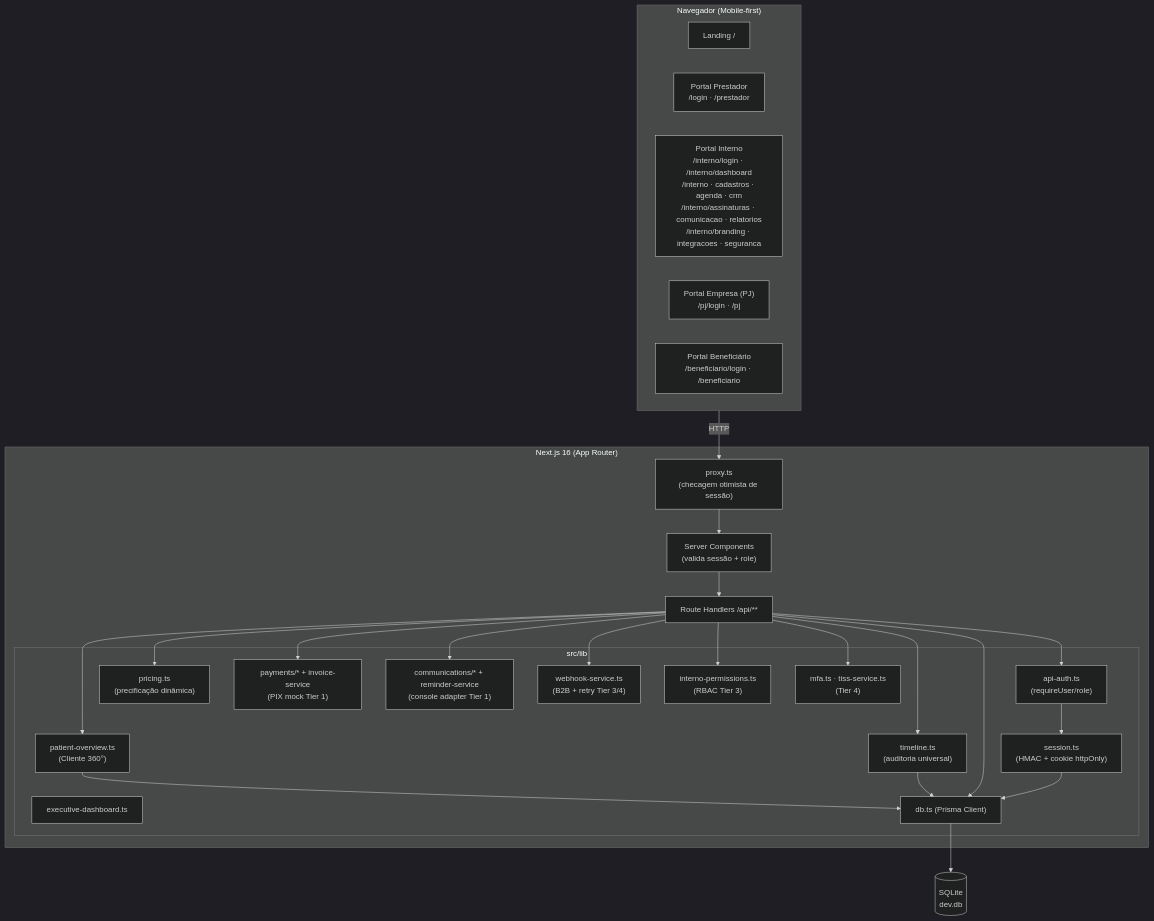
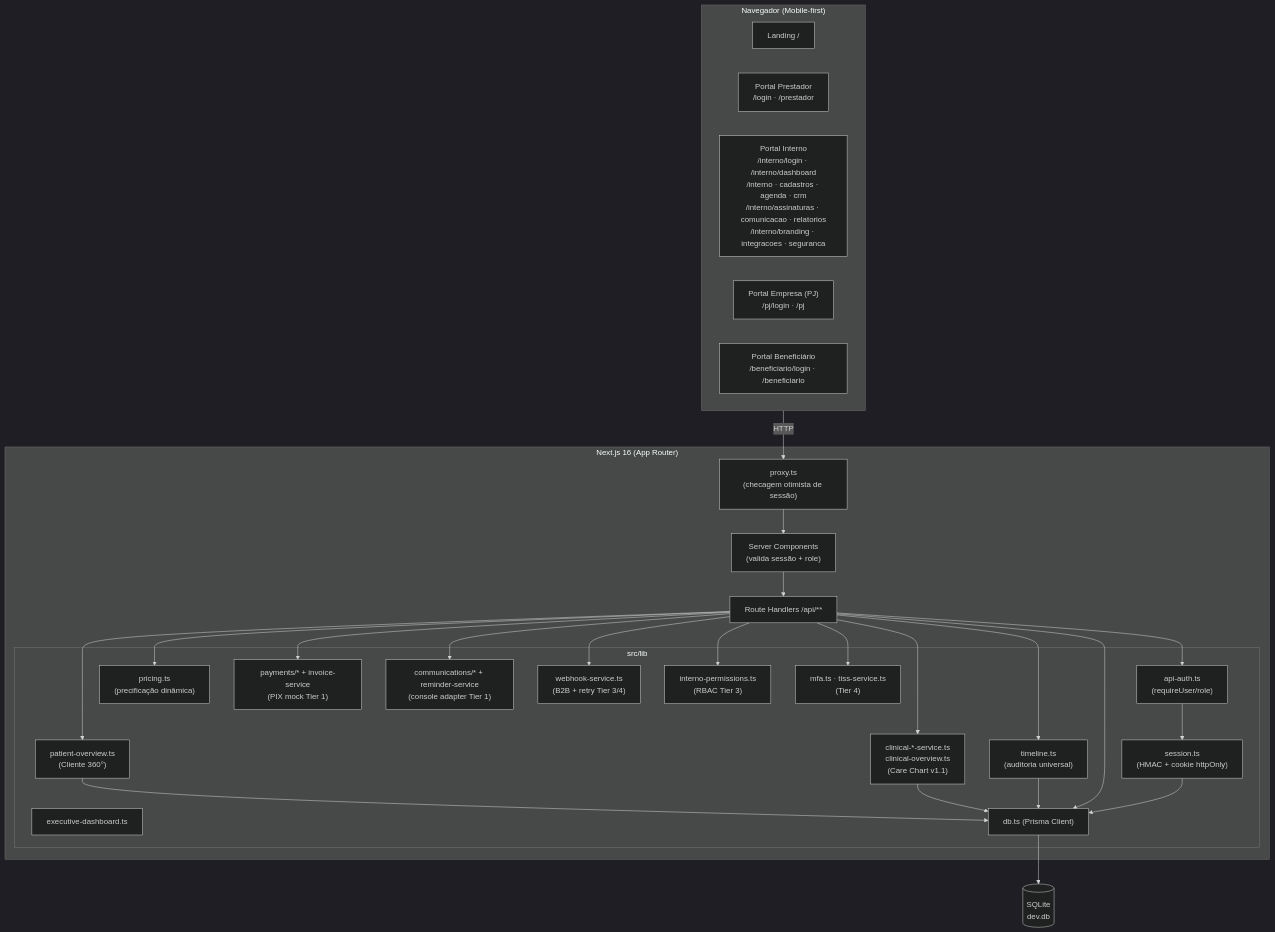
One commit to Piulres/sistema-bibi changed the first of 11 diagrams in docs/ARQUITETURA.md. Above: the diagram before and after it, drawn with Mermaid (dark theme). The commit also changed other lines of this file and 8 other files, not shown here.

First line of the commit message:
docs: sincroniza documentação com v1.1.0 Care Chart em produção

````diff
--- a/docs/ARQUITETURA.md
+++ b/docs/ARQUITETURA.md
@@ -20,46 +20,48 @@
 ```mermaid
 flowchart TB
   subgraph Cliente["Navegador (Mobile-first)"]
     Land["Landing /"]
     PortP["Portal Prestador<br/>/login · /prestador"]
     PortI["Portal Interno<br/>/interno/login · /interno/dashboard<br/>/interno · cadastros · agenda · crm<br/>/interno/assinaturas · comunicacao · relatorios<br/>/interno/branding · integracoes · seguranca"]
     PortPJ["Portal Empresa (PJ)<br/>/pj/login · /pj"]
     PortBen["Portal Beneficiário<br/>/beneficiario/login · /beneficiario"]
   end
 
   subgraph Next["Next.js 16 (App Router)"]
     Proxy["proxy.ts<br/>(checagem otimista de sessão)"]
     Pages["Server Components<br/>(valida sessão + role)"]
     API["Route Handlers /api/**"]
     subgraph Lib["src/lib"]
       Sess["session.ts<br/>(HMAC + cookie httpOnly)"]
       Auth["api-auth.ts<br/>(requireUser/role)"]
       Price["pricing.ts<br/>(precificação dinâmica)"]
       Overview["patient-overview.ts<br/>(Cliente 360°)"]
+      Clinical["clinical-*-service.ts<br/>clinical-overview.ts<br/>(Care Chart v1.1)"]
       Timeline["timeline.ts<br/>(auditoria universal)"]
       Payments["payments/* + invoice-service<br/>(PIX mock Tier 1)"]
       Comms["communications/* + reminder-service<br/>(console adapter Tier 1)"]
       Webhooks["webhook-service.ts<br/>(B2B + retry Tier 3/4)"]
       RBAC["interno-permissions.ts<br/>(RBAC Tier 3)"]
       MFA["mfa.ts · tiss-service.ts<br/>(Tier 4)"]
       Dashboard["executive-dashboard.ts"]
       DB["db.ts (Prisma Client)"]
     end
   end
 
   SQLite[("SQLite<br/>dev.db")]
 
   Cliente -->|HTTP| Proxy --> Pages
   Pages --> API
   API --> Auth --> Sess
   API --> Price
   API --> Overview --> DB
+  API --> Clinical --> DB
   API --> Timeline --> DB
   API --> Payments
   API --> Comms
   API --> Webhooks
   API --> RBAC
   API --> MFA
   API --> DB --> SQLite
   Sess --> DB
 ```
````
